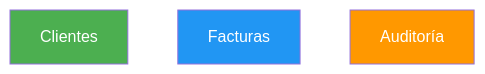
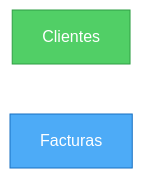
Before and after one commit to Asimpl3-Hero/RubyDoubleV: the seventh of 12 diagrams in docs/DIAGRAMAS.md, drawn with Mermaid. The commit also changed other lines of this file, not shown here.

First line of the commit message:
Update DIAGRAMAS.md

````diff
--- a/docs/DIAGRAMAS.md
+++ b/docs/DIAGRAMAS.md
@@ -184,10 +199,8 @@
 ```mermaid
-graph TB
+graph LR
     CS[Clientes]
     FS[Facturas]
-    AS[Auditoría]
 
-    style CS fill:#4CAF50,color:#fff
-    style FS fill:#2196F3,color:#fff
-    style AS fill:#FF9800,color:#fff
+    style CS fill:#51cf66,stroke:#2f9e44,color:#fff
+    style FS fill:#4dabf7,stroke:#1971c2,color:#fff
 ```
````
